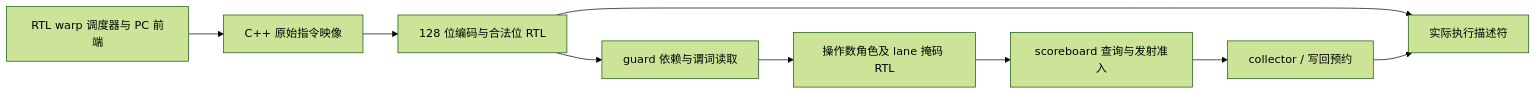
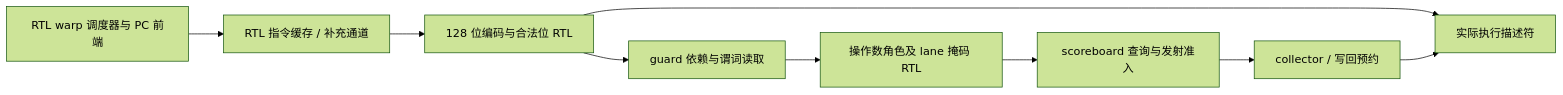
One commit to zdshq/simt-lab changed the diagram in docs/RTL_INSTRUCTION_DECODER.md. Above: the diagram before and after it, drawn with Mermaid (forest theme). The commit also changed other lines of this file and 32 other files, not shown here.

````diff
--- a/docs/RTL_INSTRUCTION_DECODER.md
+++ b/docs/RTL_INSTRUCTION_DECODER.md
@@ -9,11 +9,11 @@
 ```mermaid
 flowchart LR
-    W[RTL warp 调度器与 PC 前端] --> M[C++ 原始指令映像]
+    W[RTL warp 调度器与 PC 前端] --> M[RTL 指令缓存 / 补充通道]
     M --> E[128 位编码与合法位 RTL]
     E --> G[guard 依赖与谓词读取]
     G --> O[操作数角色及 lane 掩码 RTL]
     O --> S[scoreboard 查询与发射准入]
     S --> C[collector / 写回预约]
     E --> I[实际执行描述符]
     C --> I
 ```
````
